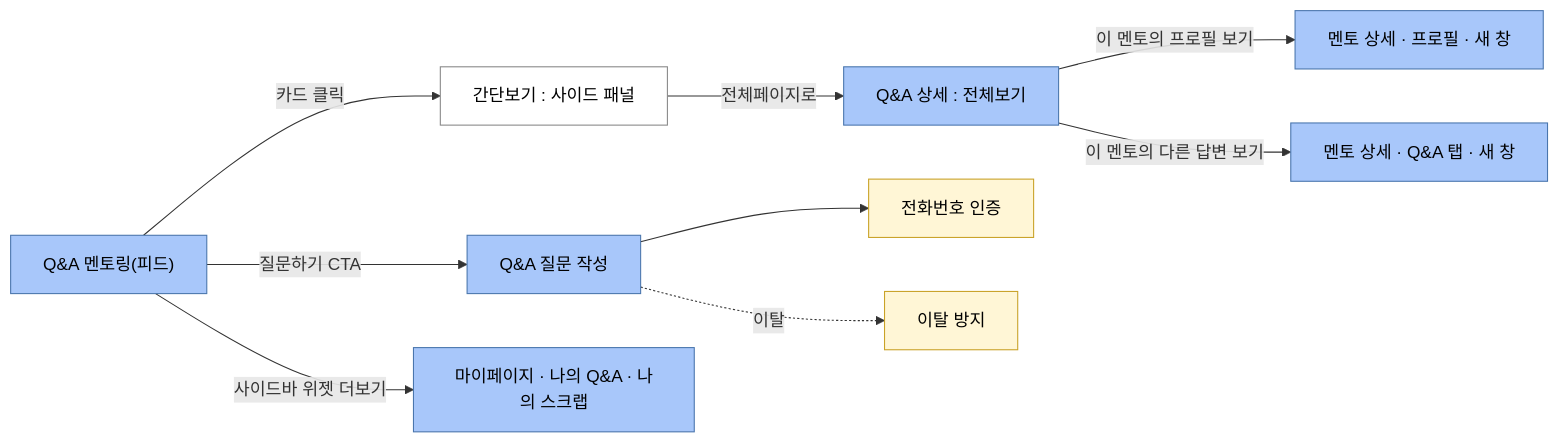
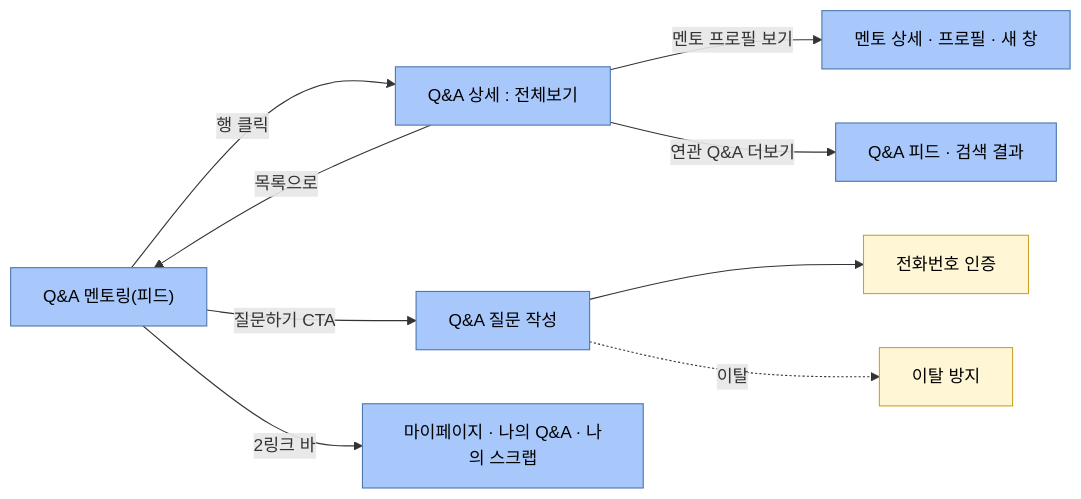
The fourth of 4 diagrams in design/docs/transition-map.md (jisoo-y-mentree/mentree2-pd-fe), drawn with Mermaid before and after one commit. The commit also changed other lines of this file and 40 other files, not shown here.

````diff
--- a/design/docs/transition-map.md
+++ b/design/docs/transition-map.md
@@ -203,27 +203,26 @@
 ```mermaid
 flowchart LR
   qa["Q&A 멘토링(피드)"]
-  side["간단보기 : 사이드 패널"]
+  search["Q&A 피드 · 검색 결과"]
   qad["Q&A 상세 : 전체보기"]
   comp["Q&A 질문 작성"]
   phone["전화번호 인증"]
   leave["이탈 방지"]
   mdetP["멘토 상세 · 프로필 · 새 창"]
-  mdetQ["멘토 상세 · Q&A 탭 · 새 창"]
   mpe["마이페이지 · 나의 Q&A · 나의 스크랩"]
 
-  qa -->|"카드 클릭"| side -->|"전체페이지로"| qad
+  qa -->|"행 클릭"| qad
   qa -->|"질문하기 CTA"| comp
   comp --> phone
   comp -.->|"이탈"| leave
-  qad -->|"이 멘토의 프로필 보기"| mdetP
-  qad -->|"이 멘토의 다른 답변 보기"| mdetQ
-  qa -->|"사이드바 위젯 더보기"| mpe
+  qad -->|"멘토 프로필 보기"| mdetP
+  qad -->|"연관 Q&A 더보기"| search
+  qad -->|"목록으로"| qa
+  qa -->|"2링크 바"| mpe
 
   classDef s fill:#a8c7fa,stroke:#4a76ad,color:#000
   classDef b fill:#ffffff,stroke:#888888,color:#000
   classDef m fill:#fff6d6,stroke:#c9a227,color:#000
-  class qa,qad,comp,mdetP,mdetQ,mpe s
-  class side b
+  class qa,qad,comp,mdetP,mpe,search s
   class phone,leave m
 ```
````
